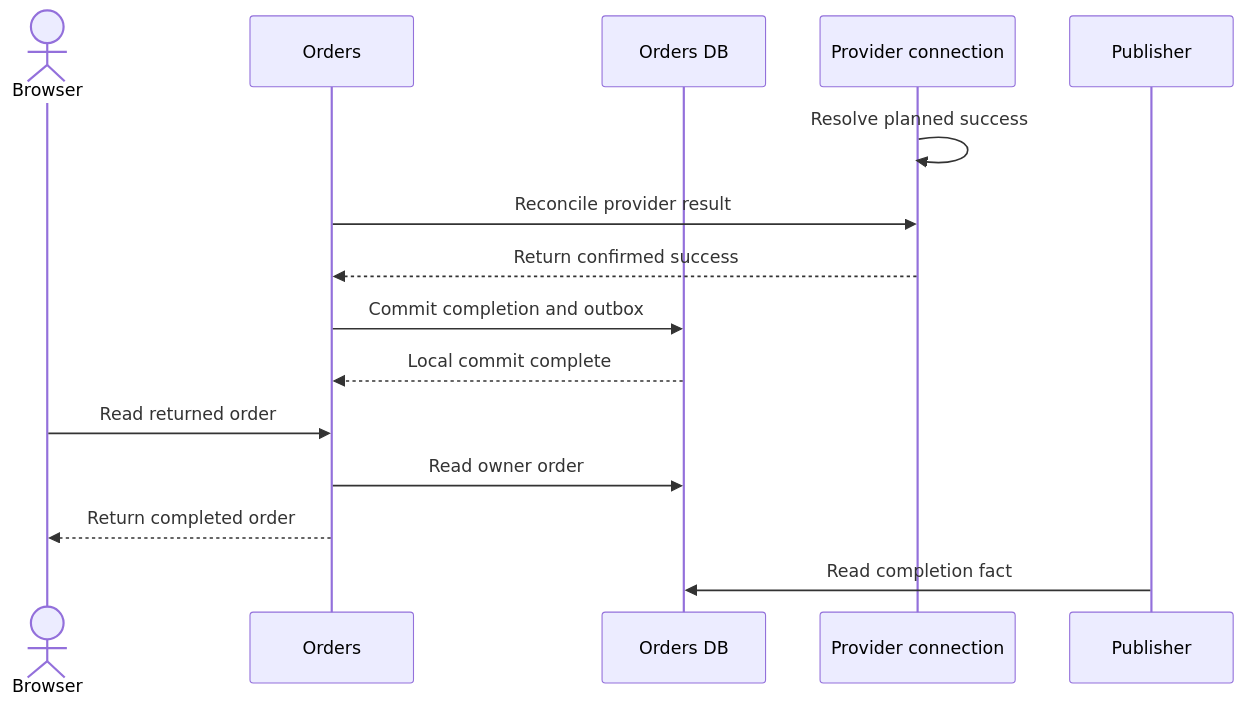
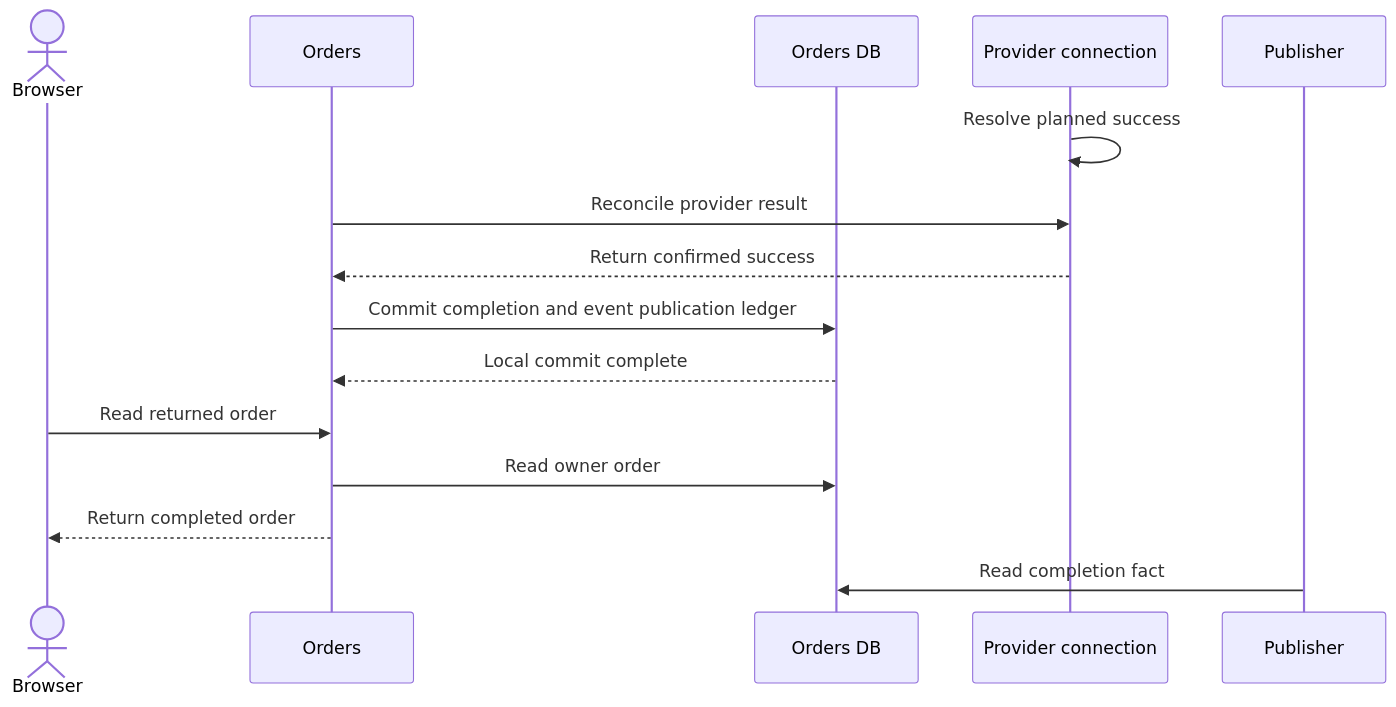
The ninth of 16 diagrams in docs/system_design/sequence_diagrams.md (h19overflow/stubhub), drawn with Mermaid before and after one commit. The commit also changed other lines of this file and 59 other files, not shown here.

````diff
--- a/docs/system_design/sequence_diagrams.md
+++ b/docs/system_design/sequence_diagrams.md
@@ -215,17 +215,17 @@
 ```mermaid
 sequenceDiagram
     actor B as Browser
     participant O as Orders
     participant OD as Orders DB
     participant PC as Provider connection
     participant P as Publisher
     PC->>PC: Resolve planned success
     O->>PC: Reconcile provider result
     PC-->>O: Return confirmed success
-    O->>OD: Commit completion and outbox
+    O->>OD: Commit completion and event publication ledger
     OD-->>O: Local commit complete
     B->>O: Read returned order
     O->>OD: Read owner order
     O-->>B: Return completed order
     P->>OD: Read completion fact
 ```
````
